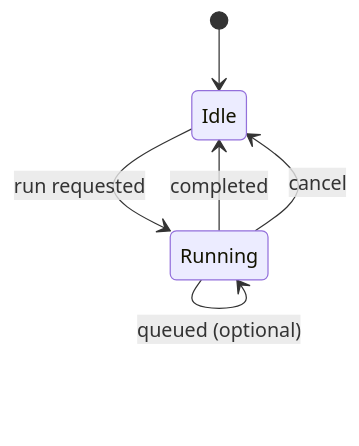
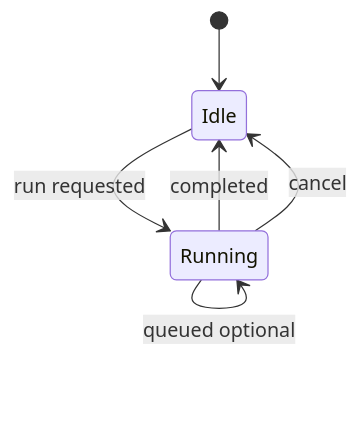
The third of 10 diagrams in docs/IMPROVEMENTS.md (yushiesah7/claude-remote-pilot), drawn with Mermaid before and after one commit. The commit also changed other lines of this file, not shown here.

First line of the commit message:
docs: fix Mermaid compatibility

````diff
--- a/docs/IMPROVEMENTS.md
+++ b/docs/IMPROVEMENTS.md
@@ -88,8 +88,8 @@
 ```mermaid
 stateDiagram-v2
     [*] --> Idle
     Idle --> Running: run requested
-    Running --> Running: queued (optional)
+    Running --> Running: queued optional
     Running --> Idle: completed
     Running --> Idle: cancel
 ```
````
